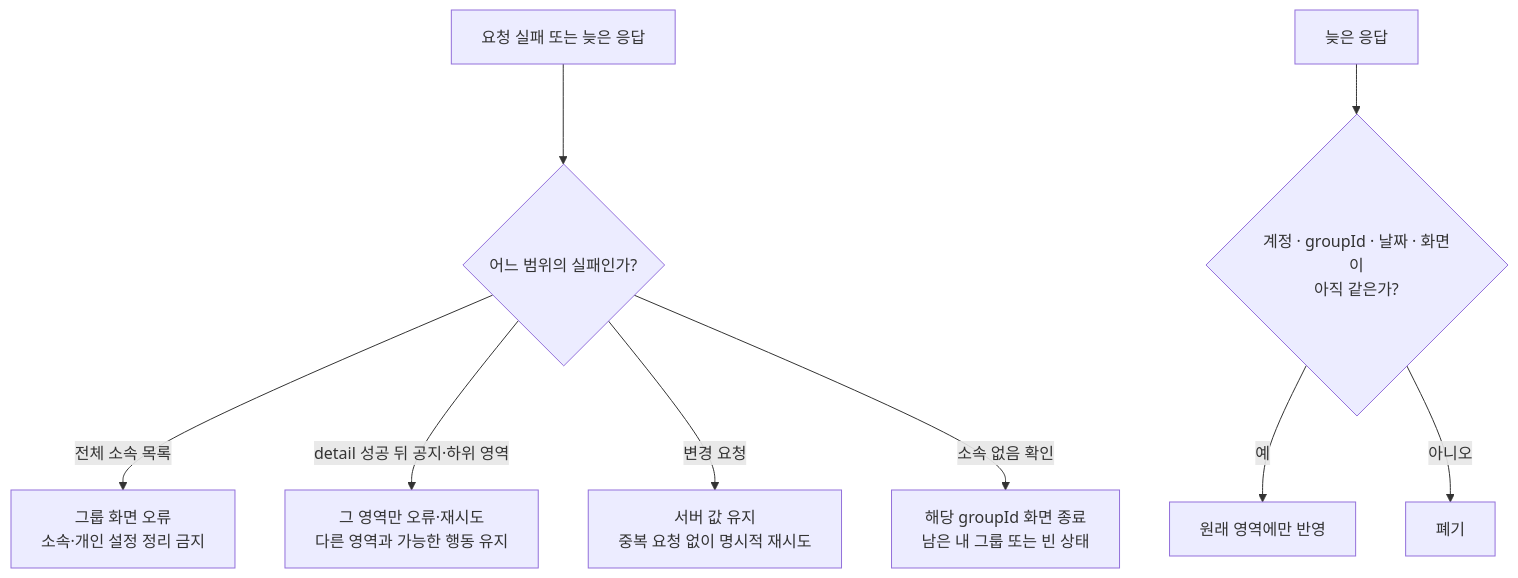
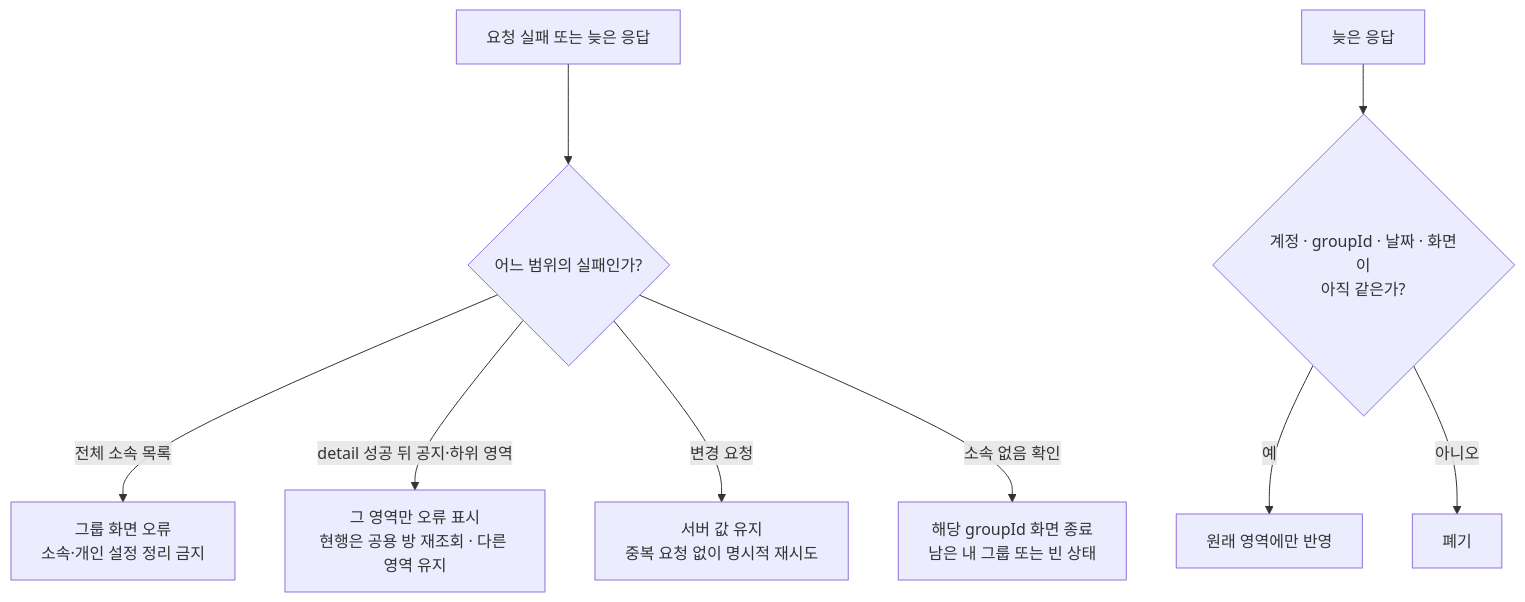
The fourth of 5 diagrams in docs/prd/group/high-level-design.md (OneOrThree/phone), drawn with Mermaid before and after one commit. The commit also changed other lines of this file and 12 other files, not shown here.

````diff
--- a/docs/prd/group/high-level-design.md
+++ b/docs/prd/group/high-level-design.md
@@ -142,12 +142,12 @@
 ```mermaid
 flowchart TD
     Failure["요청 실패 또는 늦은 응답"] --> Scope{"어느 범위의 실패인가?"}
     Scope -->|전체 소속 목록| ListError["그룹 화면 오류<br/>소속·개인 설정 정리 금지"]
-    Scope -->|detail 성공 뒤 공지·하위 영역| SectionError["그 영역만 오류·재시도<br/>다른 영역과 가능한 행동 유지"]
+    Scope -->|detail 성공 뒤 공지·하위 영역| SectionError["그 영역만 오류 표시<br/>현행은 공용 방 재조회 · 다른 영역 유지"]
     Scope -->|변경 요청| MutationError["서버 값 유지<br/>중복 요청 없이 명시적 재시도"]
     Scope -->|소속 없음 확인| MembershipGone["해당 groupId 화면 종료<br/>남은 내 그룹 또는 빈 상태"]
 
     Late["늦은 응답"] --> Guard{"계정 · groupId · 날짜 · 화면이<br/>아직 같은가?"}
     Guard -->|예| Apply["원래 영역에만 반영"]
     Guard -->|아니오| Discard["폐기"]
 ```
````
